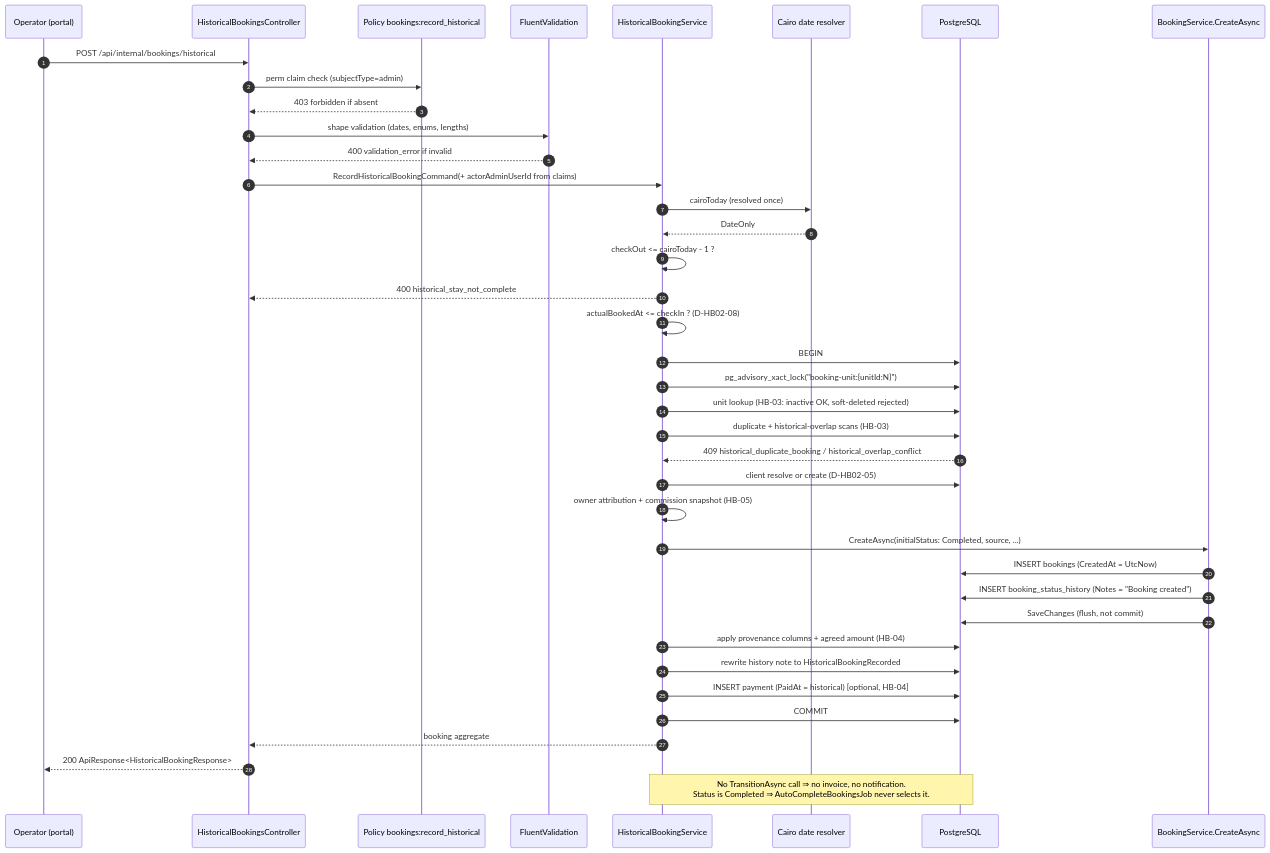
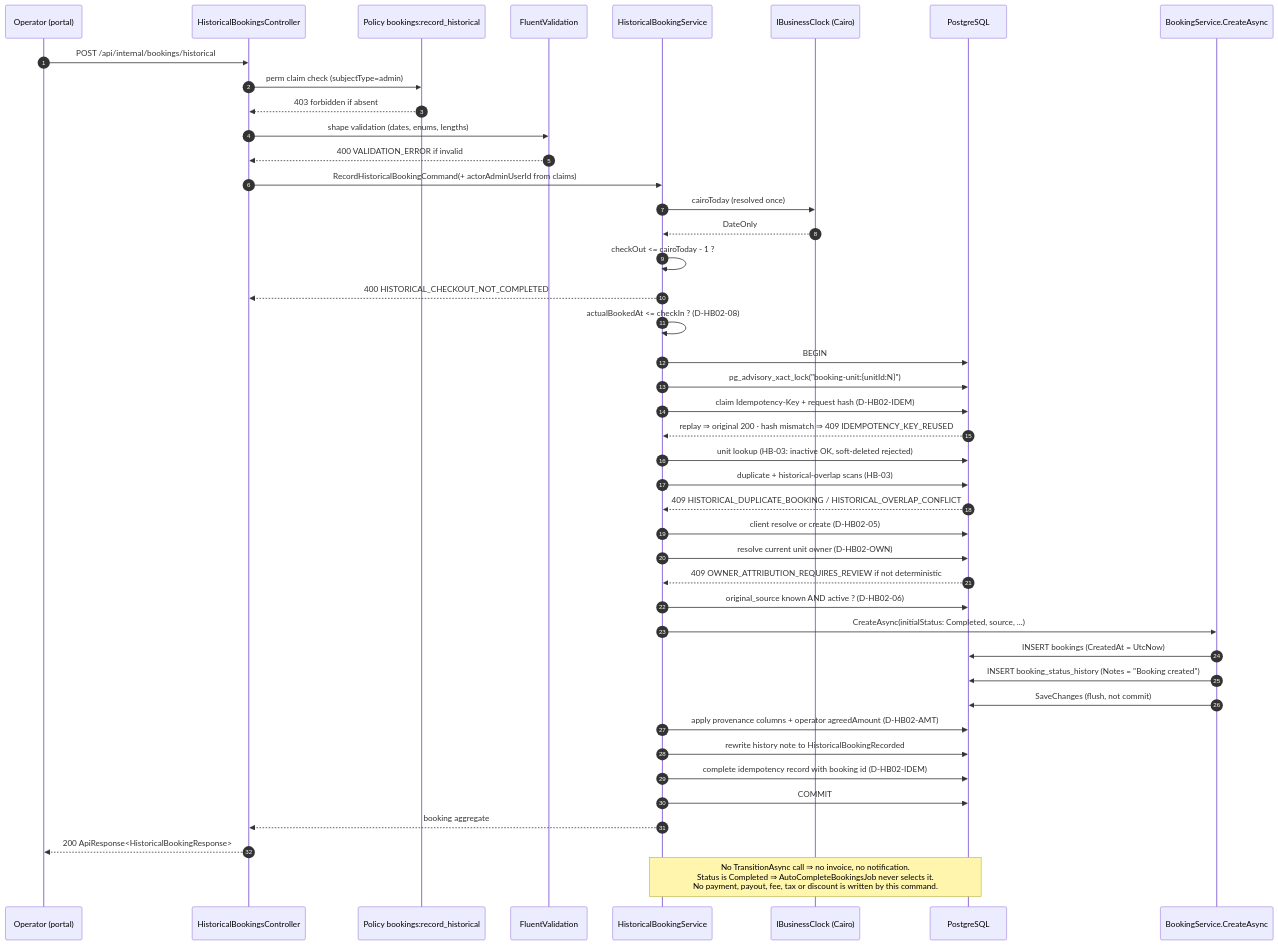
The third of 3 diagrams in docs/plans/historical-bookings/02_TICKET_HISTORICAL_BOOKING_DOMAIN_AND_API.md (HozaifaAlmelli/REMAL), drawn with Mermaid before and after one commit. The commit also changed other lines of this file and 11 other files, not shown here.

````diff
--- a/docs/plans/historical-bookings/02_TICKET_HISTORICAL_BOOKING_DOMAIN_AND_API.md
+++ b/docs/plans/historical-bookings/02_TICKET_HISTORICAL_BOOKING_DOMAIN_AND_API.md
@@ -408,42 +532,46 @@
 ```mermaid
 sequenceDiagram
     autonumber
     participant OP as Operator (portal)
     participant API as HistoricalBookingsController
     participant AZ as Policy bookings:record_historical
     participant FV as FluentValidation
     participant HS as HistoricalBookingService
-    participant CAL as Cairo date resolver
+    participant CAL as IBusinessClock (Cairo)
     participant DB as PostgreSQL
     participant BS as BookingService.CreateAsync
 
     OP->>API: POST /api/internal/bookings/historical
     API->>AZ: perm claim check (subjectType=admin)
     AZ-->>API: 403 forbidden if absent
     API->>FV: shape validation (dates, enums, lengths)
-    FV-->>API: 400 validation_error if invalid
+    FV-->>API: 400 VALIDATION_ERROR if invalid
     API->>HS: RecordHistoricalBookingCommand(+ actorAdminUserId from claims)
     HS->>CAL: cairoToday (resolved once)
     CAL-->>HS: DateOnly
     HS->>HS: checkOut <= cairoToday - 1 ?
-    HS-->>API: 400 historical_stay_not_complete
+    HS-->>API: 400 HISTORICAL_CHECKOUT_NOT_COMPLETED
     HS->>HS: actualBookedAt <= checkIn ? (D-HB02-08)
     HS->>DB: BEGIN
     HS->>DB: pg_advisory_xact_lock("booking-unit:{unitId:N}")
+    HS->>DB: claim Idempotency-Key + request hash (D-HB02-IDEM)
+    DB-->>HS: replay ⇒ original 200 · hash mismatch ⇒ 409 IDEMPOTENCY_KEY_REUSED
     HS->>DB: unit lookup (HB-03: inactive OK, soft-deleted rejected)
     HS->>DB: duplicate + historical-overlap scans (HB-03)
-    DB-->>HS: 409 historical_duplicate_booking / historical_overlap_conflict
+    DB-->>HS: 409 HISTORICAL_DUPLICATE_BOOKING / HISTORICAL_OVERLAP_CONFLICT
     HS->>DB: client resolve or create (D-HB02-05)
-    HS->>HS: owner attribution + commission snapshot (HB-05)
+    HS->>DB: resolve current unit owner (D-HB02-OWN)
+    DB-->>HS: 409 OWNER_ATTRIBUTION_REQUIRES_REVIEW if not deterministic
+    HS->>DB: original_source known AND active ? (D-HB02-06)
     HS->>BS: CreateAsync(initialStatus: Completed, source, ...)
     BS->>DB: INSERT bookings (CreatedAt = UtcNow)
     BS->>DB: INSERT booking_status_history (Notes = "Booking created")
     BS->>DB: SaveChanges (flush, not commit)
-    HS->>DB: apply provenance columns + agreed amount (HB-04)
+    HS->>DB: apply provenance columns + operator agreedAmount (D-HB02-AMT)
     HS->>DB: rewrite history note to HistoricalBookingRecorded
-    HS->>DB: INSERT payment (PaidAt = historical) [optional, HB-04]
+    HS->>DB: complete idempotency record with booking id (D-HB02-IDEM)
     HS->>DB: COMMIT
     HS-->>API: booking aggregate
     API-->>OP: 200 ApiResponse<HistoricalBookingResponse>
-    Note over HS,DB: No TransitionAsync call ⇒ no invoice, no notification.<br/>Status is Completed ⇒ AutoCompleteBookingsJob never selects it.
+    Note over HS,DB: No TransitionAsync call ⇒ no invoice, no notification.<br/>Status is Completed ⇒ AutoCompleteBookingsJob never selects it.<br/>No payment, payout, fee, tax or discount is written by this command.
 ```
````
